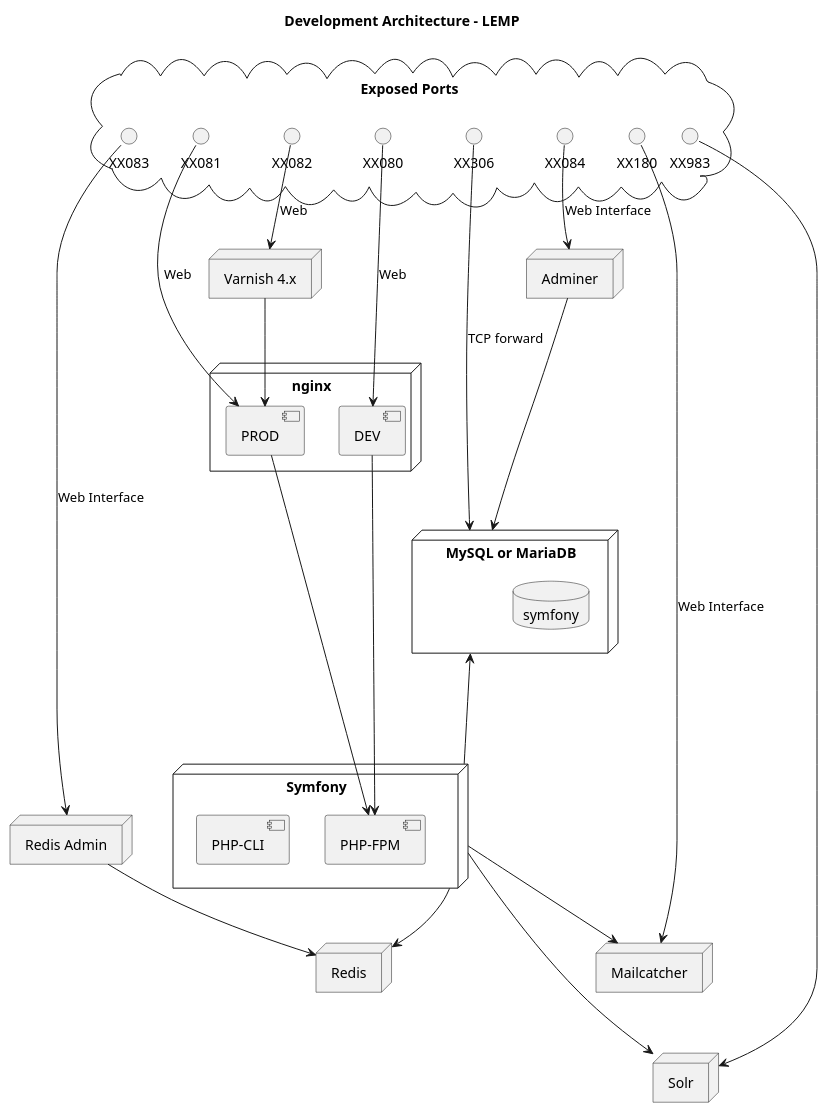
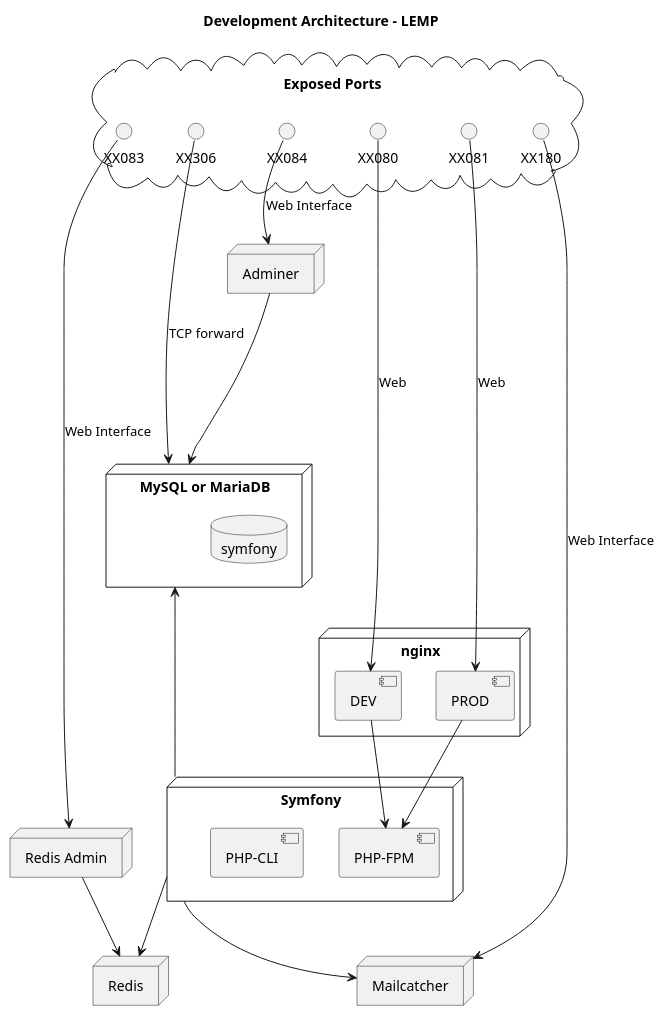
One commit to sklimaszewski/launchpad changed the diagram in docs/LEMP_architecture.puml. Above: the diagram before and after it, drawn with PlantUML. The commit also changed 10 other files, not shown here.

```diff
--- a/docs/LEMP_architecture.puml
+++ b/docs/LEMP_architecture.puml
@@ -1,71 +1,59 @@
 @startuml
 
 title "Development Architecture - LEMP"
 
 cloud "Exposed Ports" {
     () XX080 as SymfonyDevModePort
     () XX081 as SymfonyProdModePort
-    () XX082 as SymfonyProdModeVarnishPort
 
     () XX083 as RedisAdminPort
-    () XX983 as SorlPort
     () XX084 as DatabaseAdminPort
     () XX306 as DatabaseEnginePort
     () XX180 as MailcatcherPort
 }
 
 node "nginx" {
     [PROD]
     [DEV]
-    }
+}
 
 node "Symfony" as symfony {
     [PHP-FPM] as PhpFPM
     [PHP-CLI] as PhpCli
 }
 
 node "MySQL or MariaDB" as db {
     database "symfony" as StandardDB
 }
 
 node "Redis" as appcache {
 }
 
-node "Varnish 4.x" as varnish {
-}
-
 node "Redis Admin" as redisadmin {
 }
 
 node "Mailcatcher" as mailcatcher {
 }
 
 node "Adminer" as dbadmin {
 }
 
-node "Solr" as solr {
-}
-
 RedisAdminPort -> redisadmin: Web Interface
 DatabaseEnginePort ---> db: TCP forward
 MailcatcherPort -> mailcatcher: Web Interface
 DatabaseAdminPort --> dbadmin: Web Interface
-SorlPort -> solr
 
 SymfonyDevModePort --> DEV: Web
 SymfonyProdModePort --> PROD: Web
-SymfonyProdModeVarnishPort --> varnish: Web
-varnish --> PROD
 
 DEV --> PhpFPM
 PROD --> PhpFPM
 
 symfony -up--> db
 symfony --> appcache
 symfony --> mailcatcher
-symfony ---> solr
 
 redisadmin --> appcache
 dbadmin ---> db
 
 @enduml
```
